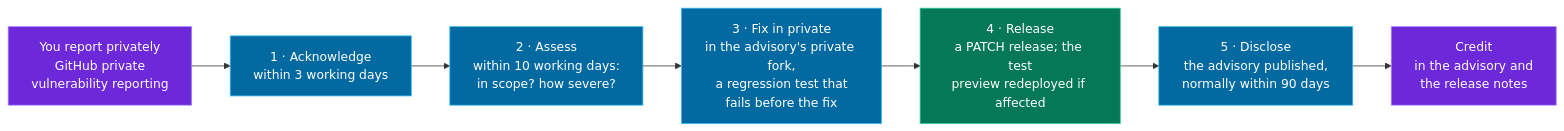
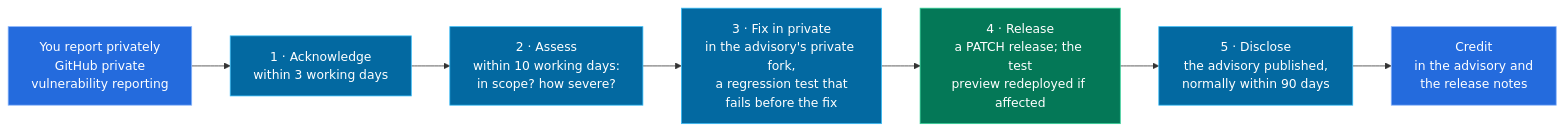
Before and after one commit to agamemnon-coder/x402-business-agents: the first of 2 diagrams in SECURITY.md, drawn with Mermaid. The commit also changed other lines of this file and 184 other files, not shown here.

````diff
--- a/SECURITY.md
+++ b/SECURITY.md
@@ -50,12 +50,12 @@
 ```mermaid
 flowchart LR
   R["You report privately<br/>GitHub private<br/>vulnerability reporting"]:::purser --> A1["1 · Acknowledge<br/>within 3 working days"]:::cash
   A1 --> A2["2 · Assess<br/>within 10 working days:<br/>in scope? how severe?"]:::cash
   A2 --> A3["3 · Fix in private<br/>in the advisory's private fork,<br/>a regression test that<br/>fails before the fix"]:::cash
   A3 --> A4["4 · Release<br/>a PATCH release; the test<br/>preview redeployed if affected"]:::paid
   A4 --> A5["5 · Disclose<br/>the advisory published,<br/>normally within 90 days"]:::cash
   A5 --> C["Credit<br/>in the advisory and<br/>the release notes"]:::purser
-  classDef purser fill:#6d28d9,stroke:#a78bfa,color:#fff
+  classDef purser fill:#246bdd,stroke:#89b5fc,color:#fff
   classDef cash fill:#0369a1,stroke:#38bdf8,color:#fff
   classDef paid fill:#047857,stroke:#34d399,color:#fff
 ```
````
